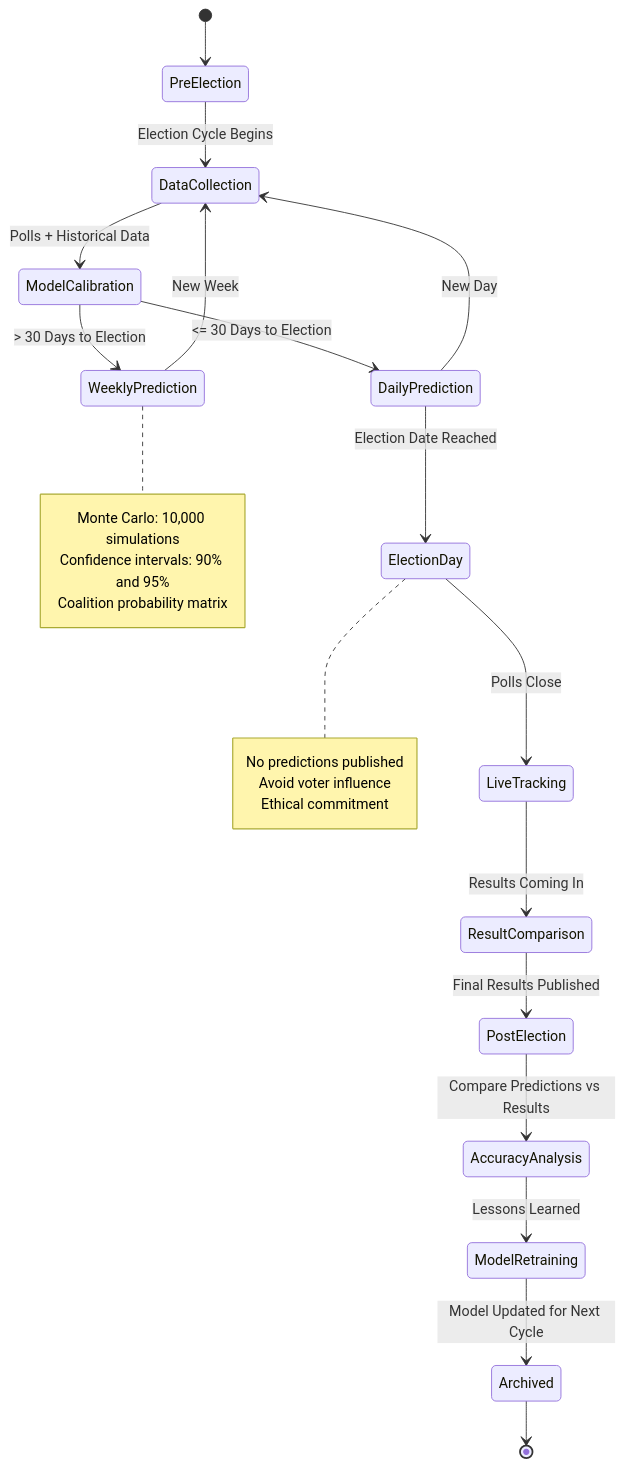
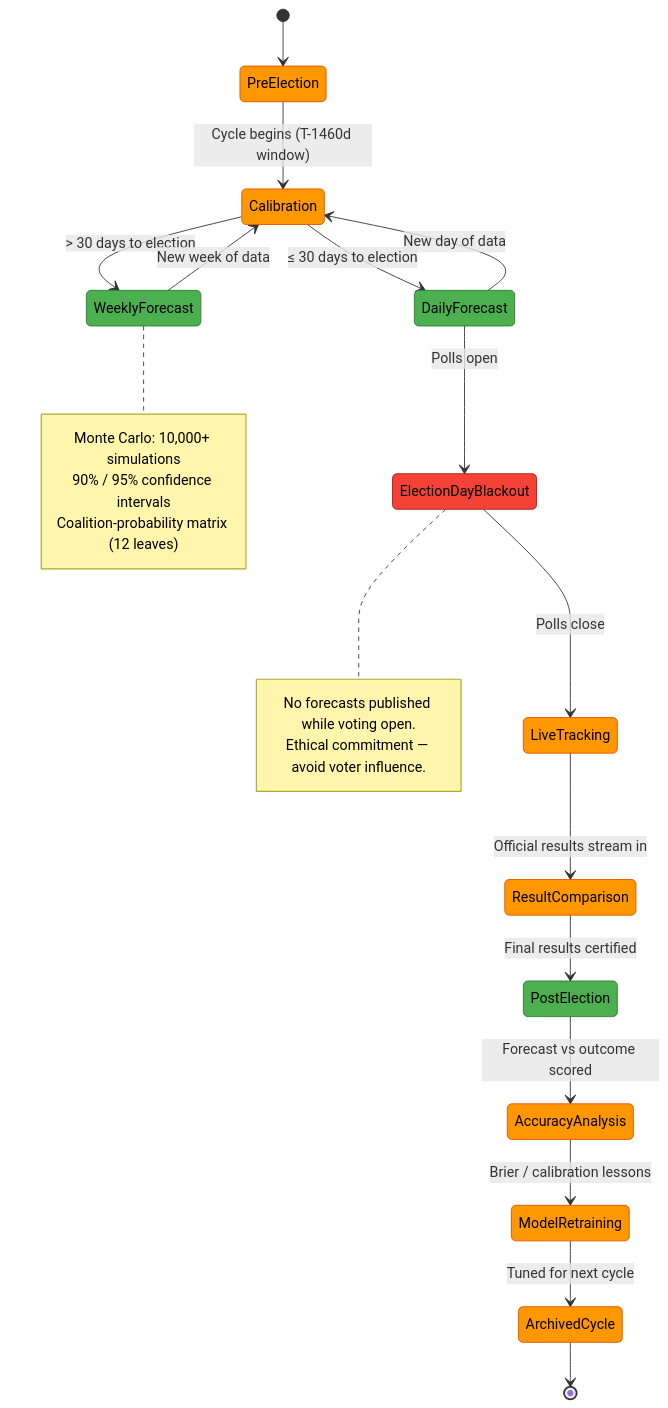
Diagram 11 of 18 in FUTURE_STATEDIAGRAM.md (Hack23/riksdagsmonitor), drawn with Mermaid before and after one commit. The commit also changed other lines of this file and 5 other files, not shown here.

Commit message:
Rewrite FUTURE_DATA_MODEL.md as three-horizon data architecture (v3.0)

````diff
--- a/FUTURE_STATEDIAGRAM.md
+++ b/FUTURE_STATEDIAGRAM.md
@@ -198,37 +605,39 @@
 ```mermaid
 stateDiagram-v2
     [*] --> PreElection
 
-    PreElection --> DataCollection: Election Cycle Begins
-    DataCollection --> ModelCalibration: Polls + Historical Data
+    PreElection --> Calibration: Cycle begins (T-1460d window)
+    Calibration --> WeeklyForecast: > 30 days to election
+    Calibration --> DailyForecast: ≤ 30 days to election
 
-    ModelCalibration --> WeeklyPrediction: > 30 Days to Election
-    ModelCalibration --> DailyPrediction: <= 30 Days to Election
+    WeeklyForecast --> Calibration: New week of data
+    DailyForecast --> Calibration: New day of data
 
-    WeeklyPrediction --> DataCollection: New Week
-    DailyPrediction --> DataCollection: New Day
+    DailyForecast --> ElectionDayBlackout: Polls open
+    ElectionDayBlackout --> LiveTracking: Polls close
+    LiveTracking --> ResultComparison: Official results stream in
+    ResultComparison --> PostElection: Final results certified
 
-    DailyPrediction --> ElectionDay: Election Date Reached
-    ElectionDay --> LiveTracking: Polls Close
+    PostElection --> AccuracyAnalysis: Forecast vs outcome scored
+    AccuracyAnalysis --> ModelRetraining: Brier / calibration lessons
+    ModelRetraining --> ArchivedCycle: Tuned for next cycle
+    ArchivedCycle --> [*]
 
-    LiveTracking --> ResultComparison: Results Coming In
-    ResultComparison --> PostElection: Final Results Published
-
-    PostElection --> AccuracyAnalysis: Compare Predictions vs Results
-    AccuracyAnalysis --> ModelRetraining: Lessons Learned
-
-    ModelRetraining --> Archived: Model Updated for Next Cycle
-    Archived --> [*]
-
-    note right of WeeklyPrediction
-        Monte Carlo: 10,000 simulations
-        Confidence intervals: 90% and 95%
-        Coalition probability matrix
+    note right of WeeklyForecast
+        Monte Carlo: 10,000+ simulations
+        90% / 95% confidence intervals
+        Coalition-probability matrix (12 leaves)
     end note
 
-    note right of ElectionDay
-        No predictions published
-        Avoid voter influence
-        Ethical commitment
+    note right of ElectionDayBlackout
+        No forecasts published while voting open.
+        Ethical commitment — avoid voter influence.
     end note
+
+    classDef ok fill:#4caf50,stroke:#2e7d32,color:#000000
+    classDef warn fill:#ff9800,stroke:#e65100,color:#000000
+    classDef err fill:#f44336,stroke:#b71c1c,color:#000000
+    class WeeklyForecast,DailyForecast,PostElection ok
+    class PreElection,Calibration,LiveTracking,ResultComparison,AccuracyAnalysis,ModelRetraining,ArchivedCycle warn
+    class ElectionDayBlackout err
 ```
````
